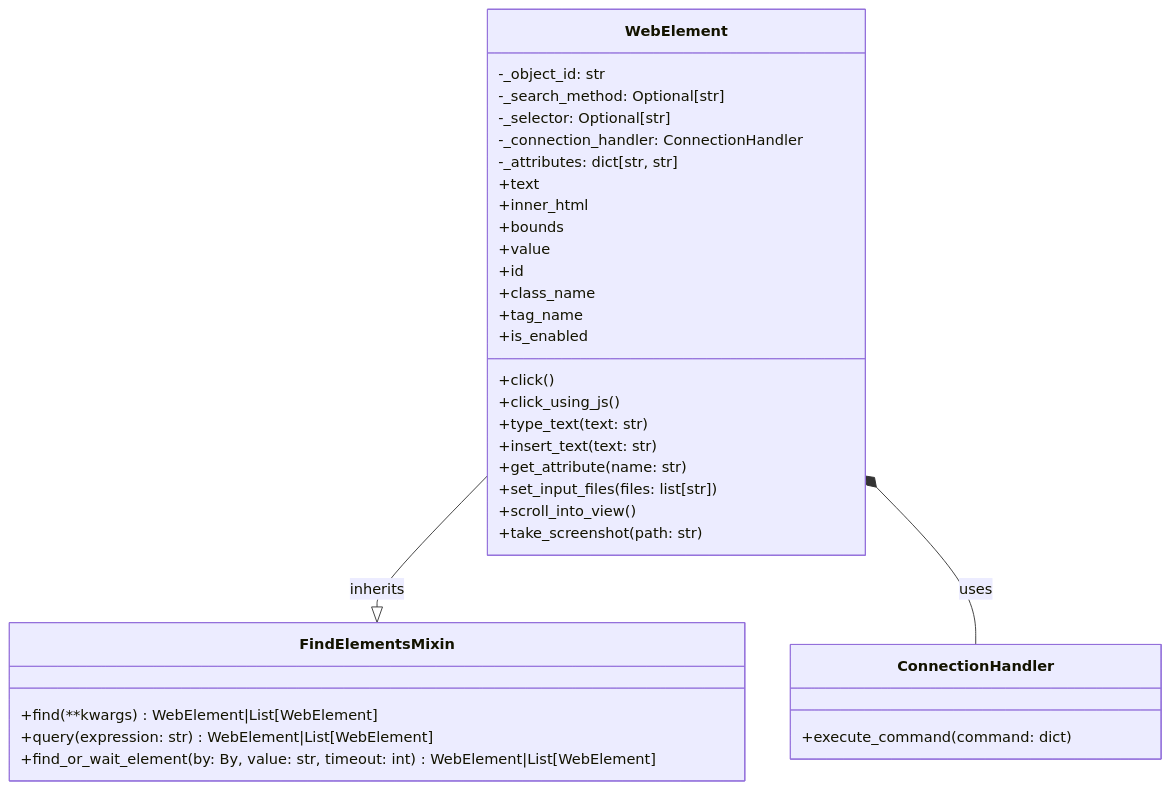
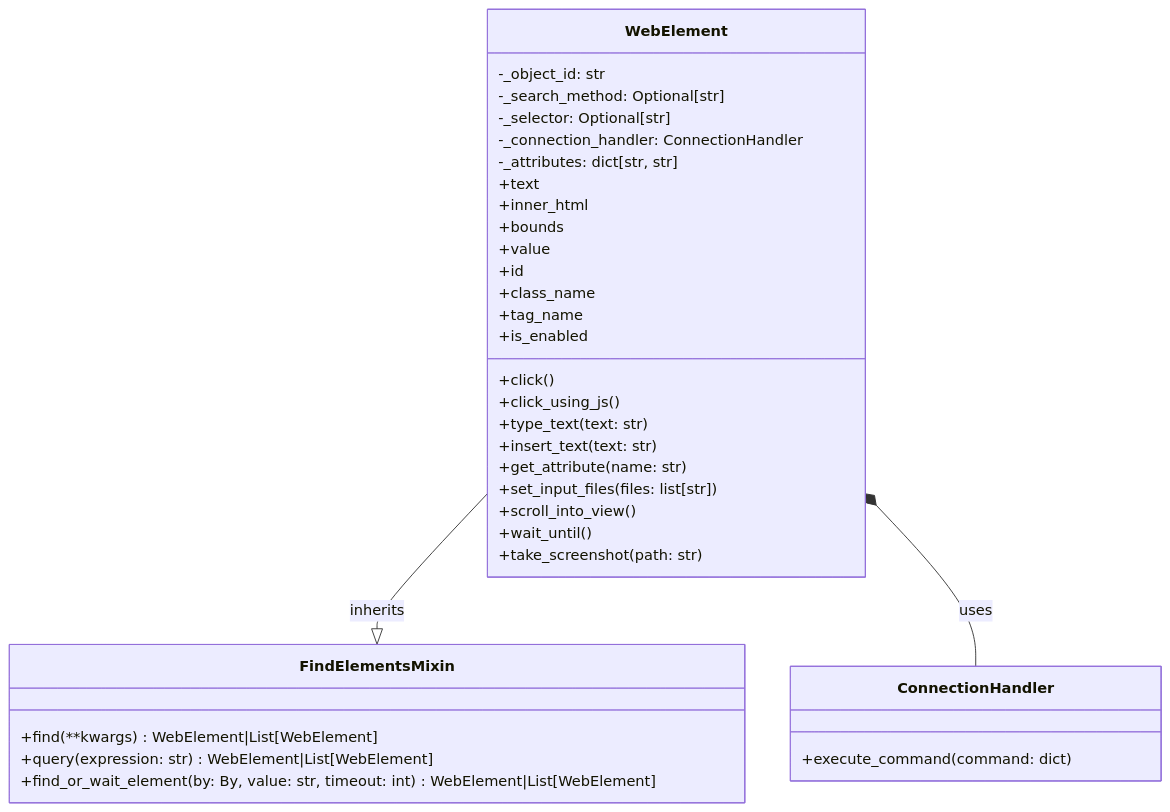
The second of 2 diagrams in docs/zh/deep-dive/webelement-domain.md (yie1d/pydoll), drawn with Mermaid before and after one commit. The commit also changed other lines of this file and 4 other files, not shown here.

````diff
--- a/docs/zh/deep-dive/webelement-domain.md
+++ b/docs/zh/deep-dive/webelement-domain.md
@@ -62,39 +62,40 @@
 ```mermaid
 classDiagram
     class WebElement {
         -_object_id: str
         -_search_method: Optional[str]
         -_selector: Optional[str]
         -_connection_handler: ConnectionHandler
         -_attributes: dict[str, str]
         +click()
         +click_using_js()
         +type_text(text: str)
         +insert_text(text: str)
         +get_attribute(name: str)
         +set_input_files(files: list[str])
         +scroll_into_view()
+        +wait_until()
         +take_screenshot(path: str)
         +text
         +inner_html
         +bounds
         +value
         +id
         +class_name
         +tag_name
         +is_enabled
     }
     
     class FindElementsMixin {
         +find(**kwargs) WebElement|List[WebElement]
         +query(expression: str) WebElement|List[WebElement]
         +find_or_wait_element(by: By, value: str, timeout: int) WebElement|List[WebElement]
     }
     
     class ConnectionHandler {
         +execute_command(command: dict)
     }
     
     WebElement --|> FindElementsMixin : inherits
     WebElement *-- ConnectionHandler : uses
 ```
````
